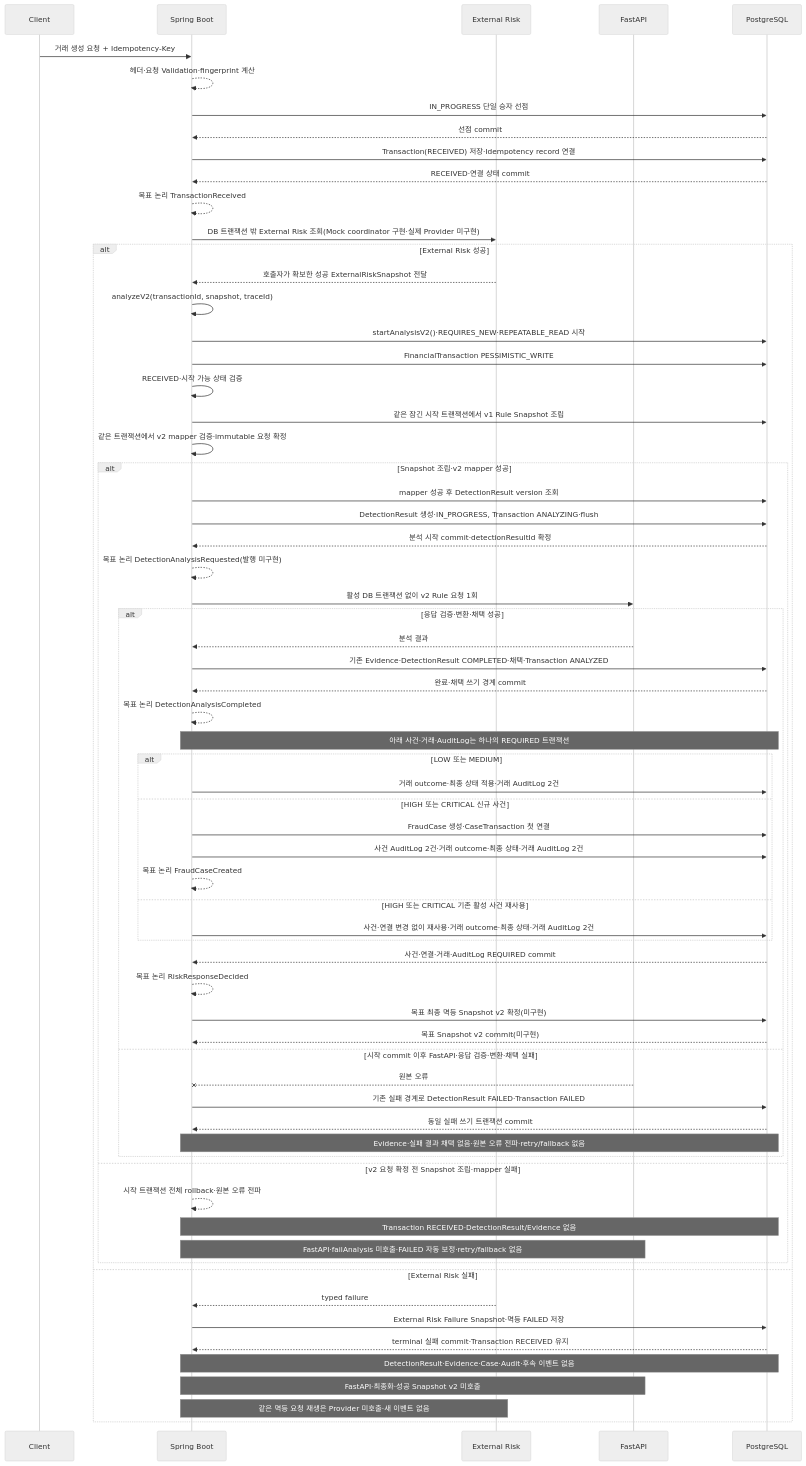
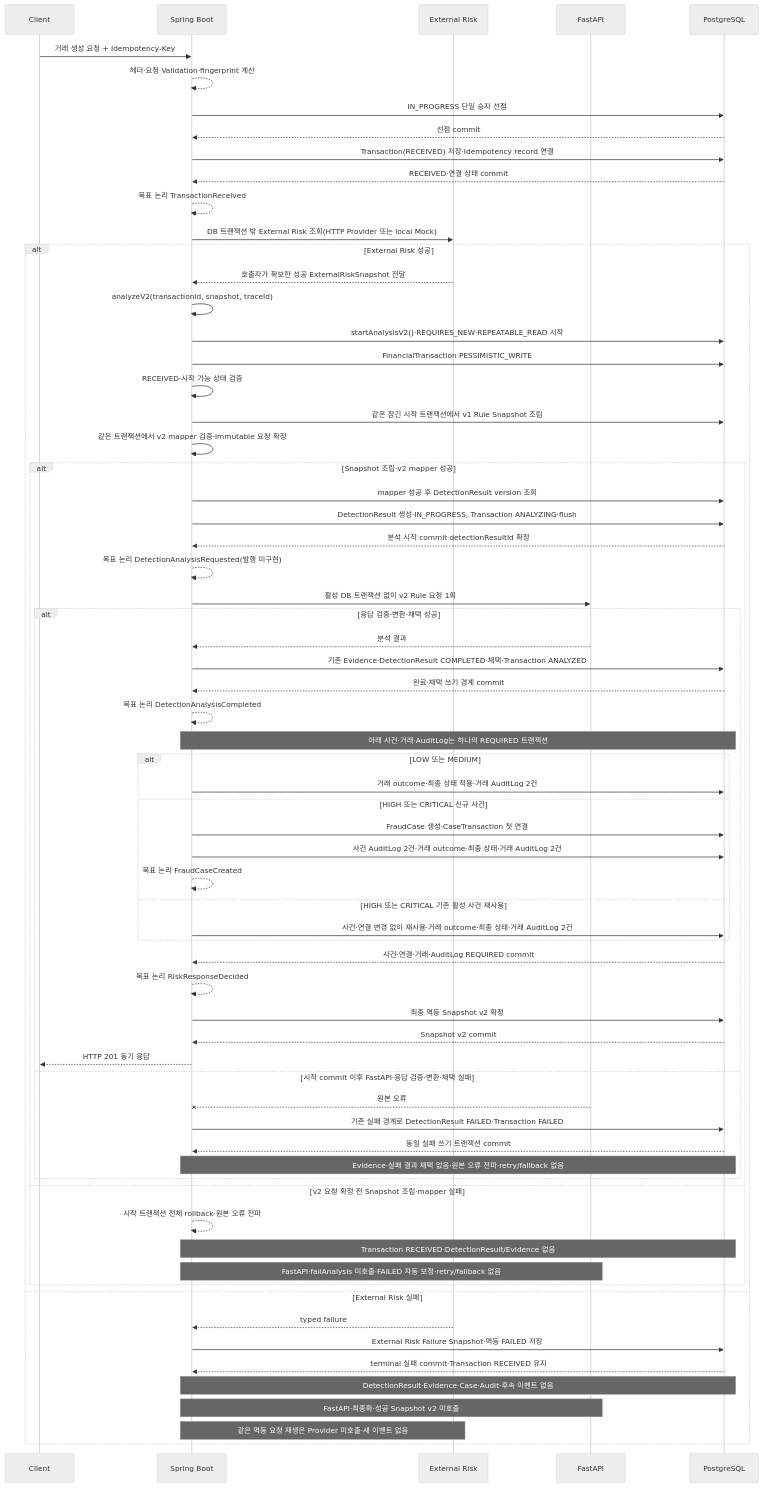
Before and after one commit to Ahnjisan/FinGuardOps: the first of 6 diagrams in docs/03-api/domain-event-contracts.md, drawn with Mermaid (neutral theme). The commit also changed other lines of this file and 7 other files, not shown here.

Commit message:
docs: align transaction and external risk status (#269)

````diff
--- a/docs/03-api/domain-event-contracts.md
+++ b/docs/03-api/domain-event-contracts.md
@@ -468,69 +472,70 @@
 ```mermaid
 sequenceDiagram
     participant Client
     participant Spring as Spring Boot
     participant Risk as External Risk
     participant FastAPI
     participant DB as PostgreSQL
 
     Client->>Spring: 거래 생성 요청 + Idempotency-Key
     Spring-->>Spring: 헤더·요청 Validation·fingerprint 계산
     Spring->>DB: IN_PROGRESS 단일 승자 선점
     DB-->>Spring: 선점 commit
     Spring->>DB: Transaction(RECEIVED) 저장·Idempotency record 연결
     DB-->>Spring: RECEIVED·연결 상태 commit
     Spring-->>Spring: 목표 논리 TransactionReceived
-    Spring->>Risk: DB 트랜잭션 밖 External Risk 조회(Mock coordinator 구현·실제 Provider 미구현)
+    Spring->>Risk: DB 트랜잭션 밖 External Risk 조회(HTTP Provider 또는 local Mock)
     alt External Risk 성공
         Risk-->>Spring: 호출자가 확보한 성공 ExternalRiskSnapshot 전달
         Spring->>Spring: analyzeV2(transactionId, snapshot, traceId)
         Spring->>DB: startAnalysisV2()·REQUIRES_NEW·REPEATABLE_READ 시작
         Spring->>DB: FinancialTransaction PESSIMISTIC_WRITE
         Spring->>Spring: RECEIVED·시작 가능 상태 검증
         Spring->>DB: 같은 잠긴 시작 트랜잭션에서 v1 Rule Snapshot 조립
         Spring->>Spring: 같은 트랜잭션에서 v2 mapper 검증·immutable 요청 확정
         alt Snapshot 조립·v2 mapper 성공
             Spring->>DB: mapper 성공 후 DetectionResult version 조회
             Spring->>DB: DetectionResult 생성·IN_PROGRESS, Transaction ANALYZING·flush
             DB-->>Spring: 분석 시작 commit·detectionResultId 확정
             Spring-->>Spring: 목표 논리 DetectionAnalysisRequested(발행 미구현)
             Spring->>FastAPI: 활성 DB 트랜잭션 없이 v2 Rule 요청 1회
             alt 응답 검증·변환·채택 성공
                 FastAPI-->>Spring: 분석 결과
                 Spring->>DB: 기존 Evidence·DetectionResult COMPLETED·채택·Transaction ANALYZED
                 DB-->>Spring: 완료·채택 쓰기 경계 commit
                 Spring-->>Spring: 목표 논리 DetectionAnalysisCompleted
                 Note over Spring,DB: 아래 사건·거래·AuditLog는 하나의 REQUIRED 트랜잭션
                 alt LOW 또는 MEDIUM
                     Spring->>DB: 거래 outcome·최종 상태 적용·거래 AuditLog 2건
                 else HIGH 또는 CRITICAL 신규 사건
                     Spring->>DB: FraudCase 생성·CaseTransaction 첫 연결
                     Spring->>DB: 사건 AuditLog 2건·거래 outcome·최종 상태·거래 AuditLog 2건
                     Spring-->>Spring: 목표 논리 FraudCaseCreated
                 else HIGH 또는 CRITICAL 기존 활성 사건 재사용
                     Spring->>DB: 사건·연결 변경 없이 재사용·거래 outcome·최종 상태·거래 AuditLog 2건
                 end
                 DB-->>Spring: 사건·연결·거래·AuditLog REQUIRED commit
                 Spring-->>Spring: 목표 논리 RiskResponseDecided
-                Spring->>DB: 목표 최종 멱등 Snapshot v2 확정(미구현)
-                DB-->>Spring: 목표 Snapshot v2 commit(미구현)
+                Spring->>DB: 최종 멱등 Snapshot v2 확정
+                DB-->>Spring: Snapshot v2 commit
+                Spring-->>Client: HTTP 201 동기 응답
             else 시작 commit 이후 FastAPI·응답 검증·변환·채택 실패
                 FastAPI--xSpring: 원본 오류
                 Spring->>DB: 기존 실패 경계로 DetectionResult FAILED·Transaction FAILED
                 DB-->>Spring: 동일 실패 쓰기 트랜잭션 commit
                 Note over Spring,DB: Evidence·실패 결과 채택 없음·원본 오류 전파·retry/fallback 없음
             end
         else v2 요청 확정 전 Snapshot 조립·mapper 실패
             Spring-->>Spring: 시작 트랜잭션 전체 rollback·원본 오류 전파
             Note over Spring,DB: Transaction RECEIVED·DetectionResult/Evidence 없음
             Note over Spring,FastAPI: FastAPI·failAnalysis 미호출·FAILED 자동 보정·retry/fallback 없음
         end
     else External Risk 실패
         Risk-->>Spring: typed failure
         Spring->>DB: External Risk Failure Snapshot·멱등 FAILED 저장
         DB-->>Spring: terminal 실패 commit·Transaction RECEIVED 유지
         Note over Spring,DB: DetectionResult·Evidence·Case·Audit·후속 이벤트 없음
         Note over Spring,FastAPI: FastAPI·최종화·성공 Snapshot v2 미호출
         Note over Spring,Risk: 같은 멱등 요청 재생은 Provider 미호출·새 이벤트 없음
     end
 ```
````
